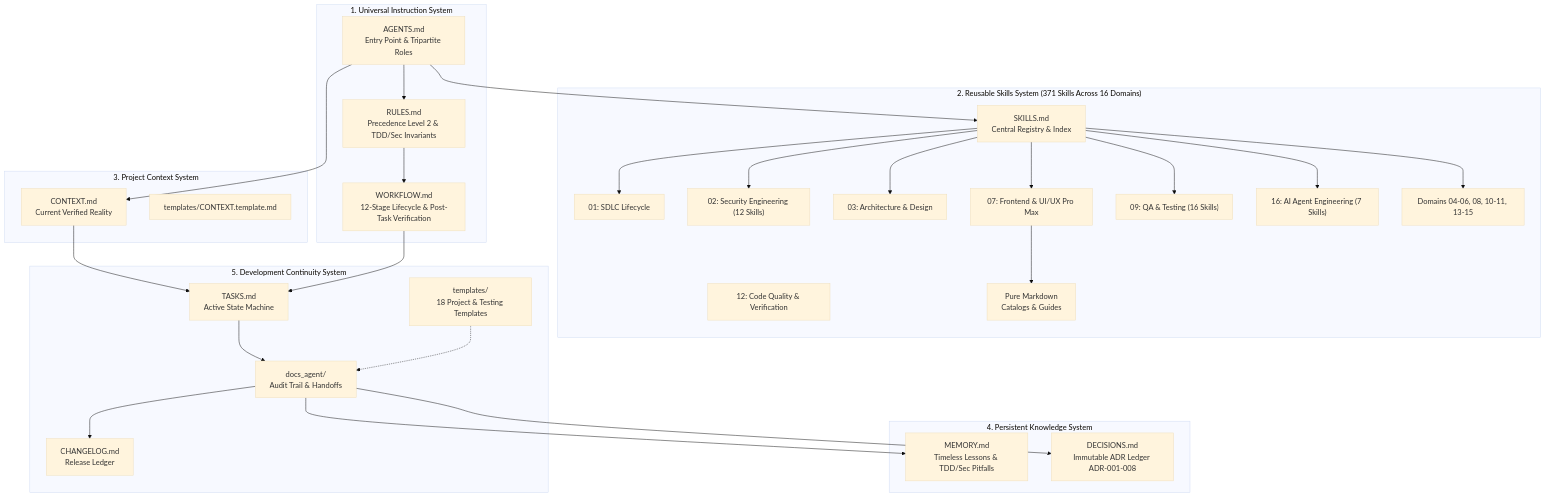
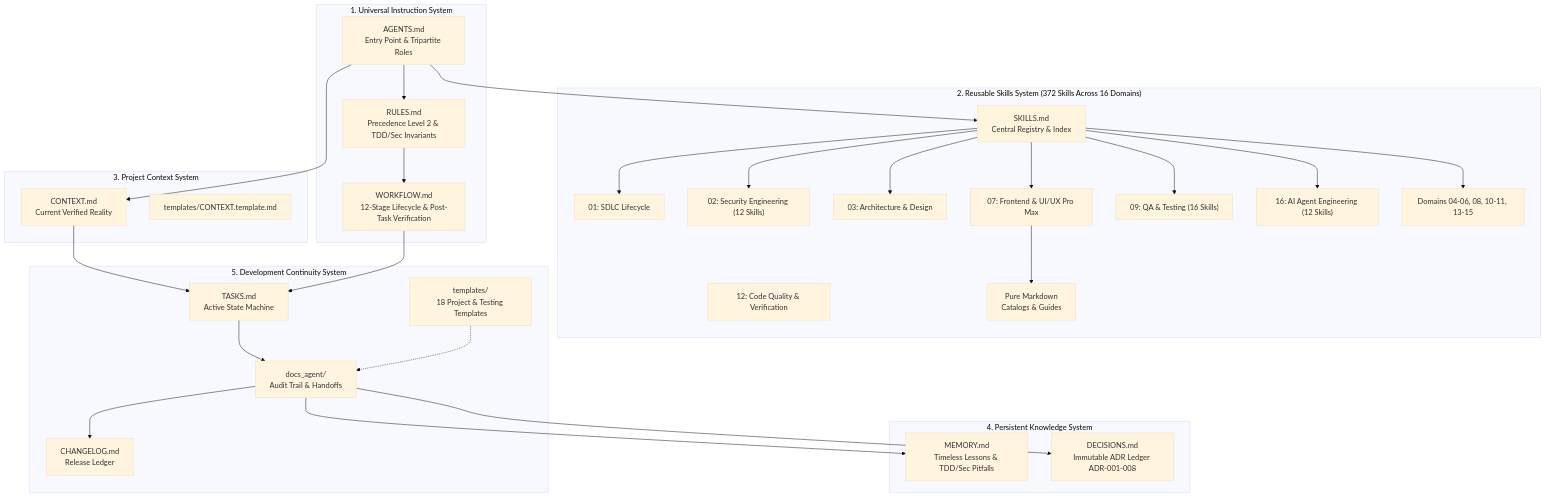
The diagram in CONTEXT.md (Script-By-Lin/Universal-Markdown-Skills-Framework), drawn with Mermaid (base theme) before and after one commit. The commit also changed other lines of this file and 18 other files, not shown here.

First line of the commit message:
feat: Implement Independent Verification Subagent Architecture (UMSF v1.4.0)

````diff
--- a/CONTEXT.md
+++ b/CONTEXT.md
@@ -49,58 +50,58 @@
 ```mermaid
 flowchart TD
     subgraph S1["1. Universal Instruction System"]
         AG[AGENTS.md\nEntry Point & Tripartite Roles]
         RL[RULES.md\nPrecedence Level 2 & TDD/Sec Invariants]
         WF[WORKFLOW.md\n12-Stage Lifecycle & Post-Task Verification]
     end
 
-    subgraph S2["2. Reusable Skills System (371 Skills Across 16 Domains)"]
+    subgraph S2["2. Reusable Skills System (372 Skills Across 16 Domains)"]
         SKR[SKILLS.md\nCentral Registry & Index]
         D01["01: SDLC Lifecycle"]
         D02["02: Security Engineering (12 Skills)"]
         D03["03: Architecture & Design"]
         D07["07: Frontend & UI/UX Pro Max"]
         D09["09: QA & Testing (16 Skills)"]
         D12["12: Code Quality & Verification"]
-        D16["16: AI Agent Engineering (7 Skills)"]
+        D16["16: AI Agent Engineering (12 Skills)"]
         DOTS["Domains 04-06, 08, 10-11, 13-15"]
         MDC[Pure Markdown\nCatalogs & Guides]
     end
 
     subgraph S3["3. Project Context System"]
         CX[CONTEXT.md\nCurrent Verified Reality]
         CXT[templates/CONTEXT.template.md]
     end
 
     subgraph S4["4. Persistent Knowledge System"]
         MEM[MEMORY.md\nTimeless Lessons & TDD/Sec Pitfalls]
         DEC[DECISIONS.md\nImmutable ADR Ledger ADR-001-008]
     end
 
     subgraph S5["5. Development Continuity System"]
         TSK[TASKS.md\nActive State Machine]
         CHG[CHANGELOG.md\nRelease Ledger]
         DOC[docs_agent/\nAudit Trail & Handoffs]
         TPL[templates/\n18 Project & Testing Templates]
     end
 
     AG --> RL
     AG --> CX
     AG --> SKR
     SKR --> D01
     SKR --> D02
     SKR --> D03
     SKR --> D07
     SKR --> D09
     SKR --> D16
     SKR --> DOTS
     D07 --> MDC
     RL --> WF
     CX --> TSK
     WF --> TSK
     TSK --> DOC
     DOC --> MEM
     DOC --> DEC
     DOC --> CHG
     TPL -.-> DOC
 ```
````
